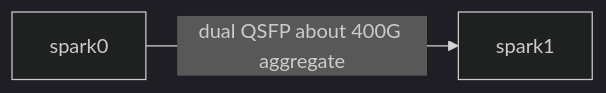
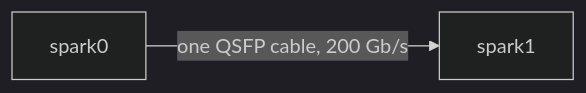
The first of 3 diagrams in docs/concepts/interconnect-nccl.mdx (toxicoder/nvidia-dgx-spark-lab), drawn with Mermaid (dark theme) before and after one commit. The commit also changed other lines of this file and 41 other files, not shown here.

````diff
--- a/docs/concepts/interconnect-nccl.mdx
+++ b/docs/concepts/interconnect-nccl.mdx
@@ -38,4 +38,4 @@
 ```mermaid
 flowchart LR
-  s0["spark0"] -->|"dual QSFP about 400G aggregate"| s1["spark1"]
+  s0["spark0"] -->|"one QSFP cable, 200 Gb/s"| s1["spark1"]
 ```
````
